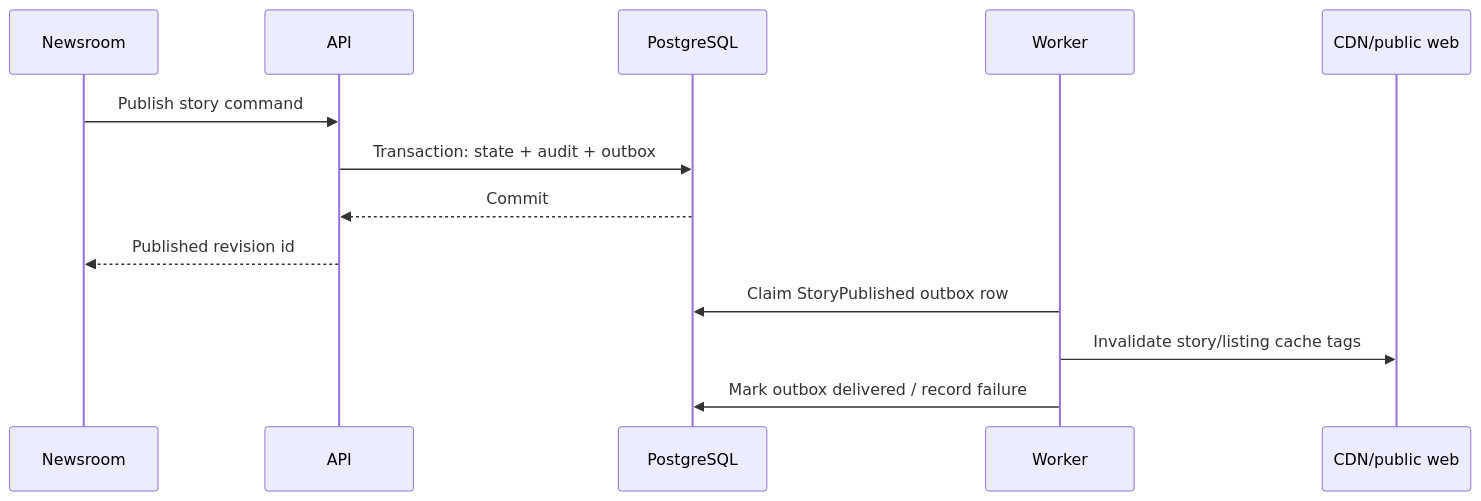
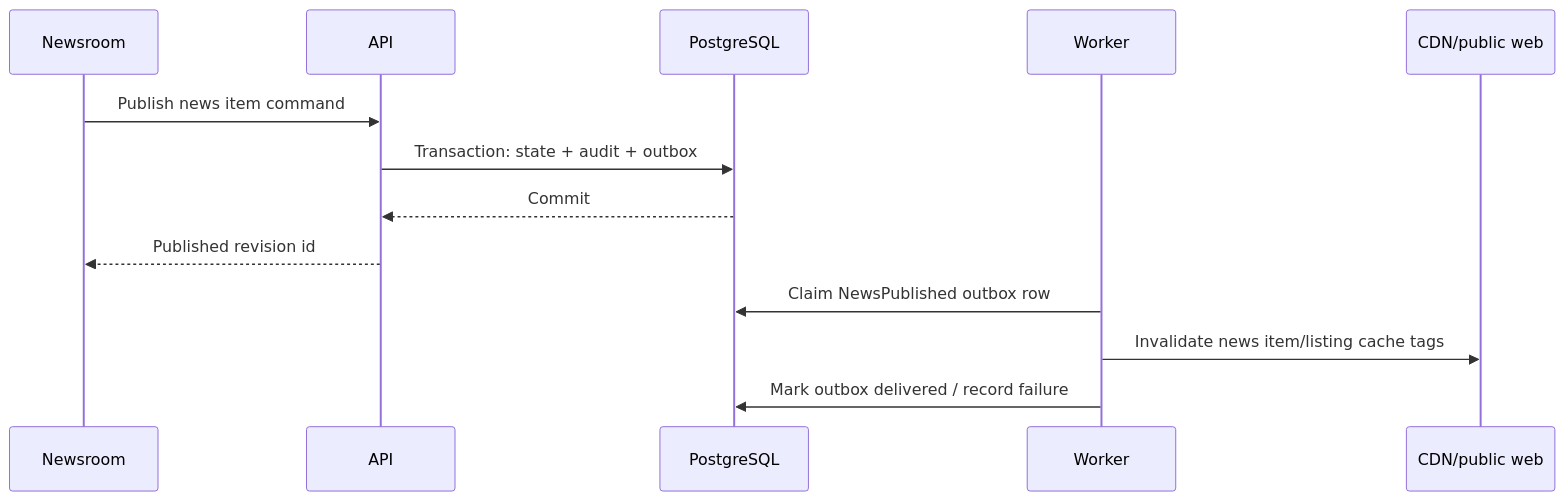
The second of 2 diagrams in docs/03-target-architecture.md (Cipher-Text/fact-lens), drawn with Mermaid before and after one commit. The commit also changed other lines of this file and 103 other files, not shown here.

First line of the commit message:
Rename the domain word from "story" to "news"

````diff
--- a/docs/03-target-architecture.md
+++ b/docs/03-target-architecture.md
@@ -46,15 +46,15 @@
 ```mermaid
 sequenceDiagram
   participant E as Newsroom
   participant A as API
   participant P as PostgreSQL
   participant W as Worker
   participant C as CDN/public web
-  E->>A: Publish story command
+  E->>A: Publish news item command
   A->>P: Transaction: state + audit + outbox
   P-->>A: Commit
   A-->>E: Published revision id
-  W->>P: Claim StoryPublished outbox row
-  W->>C: Invalidate story/listing cache tags
+  W->>P: Claim NewsPublished outbox row
+  W->>C: Invalidate news item/listing cache tags
   W->>P: Mark outbox delivered / record failure
 ```
````
